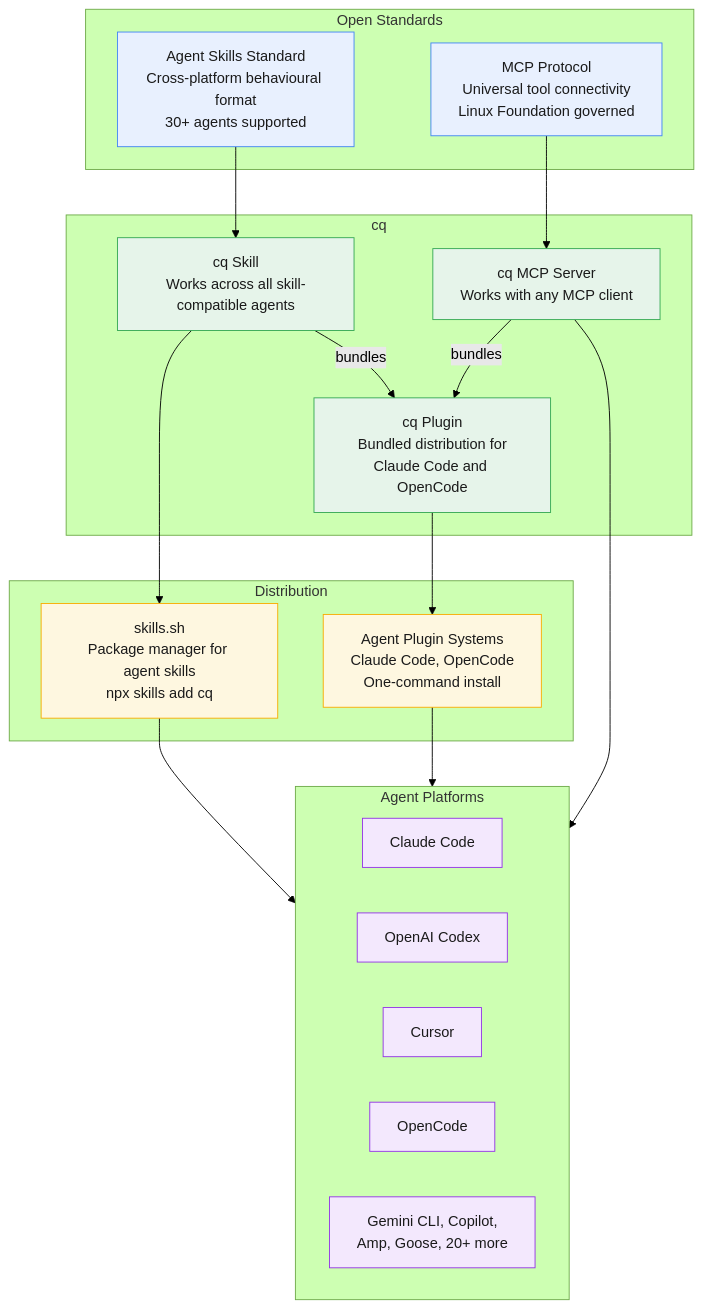
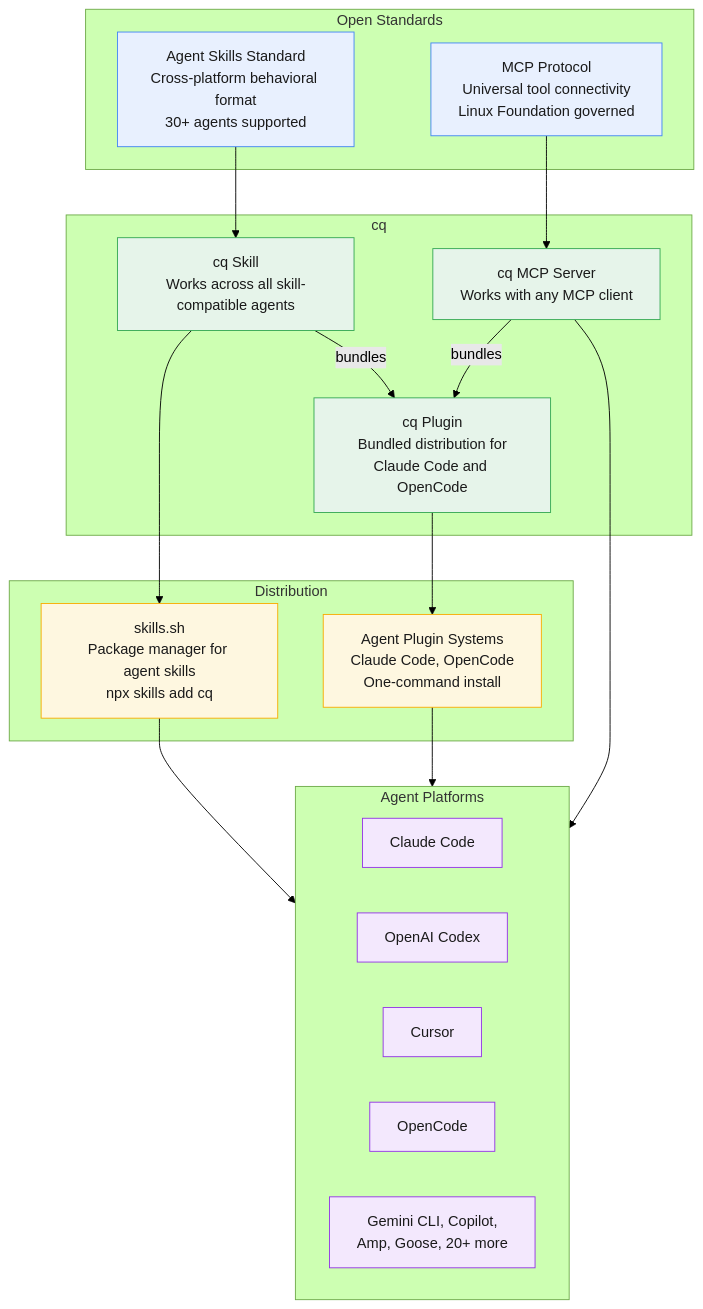
One commit to mozilla-ai/cq changed the eighth of 8 diagrams in docs/architecture.md. Above: the diagram before and after it, drawn with Mermaid (forest theme). The commit also changed other lines of this file and 16 other files, not shown here.

````diff
--- a/docs/architecture.md
+++ b/docs/architecture.md
@@ -399,46 +399,46 @@
 ```mermaid
 flowchart TB
     subgraph standards["Open Standards"]
         mcp_proto["MCP Protocol\nUniversal tool connectivity\nLinux Foundation governed"]
-        skills_std["Agent Skills Standard\nCross-platform behavioural format\n30+ agents supported"]
+        skills_std["Agent Skills Standard\nCross-platform behavioral format\n30+ agents supported"]
     end
 
     subgraph distribution["Distribution"]
         skills_sh["skills.sh\nPackage manager for agent skills\nnpx skills add cq"]
         plugins["Agent Plugin Systems\nClaude Code, OpenCode\nOne-command install"]
     end
 
     subgraph cq_graph["cq"]
         cq_skill["cq Skill\nWorks across all skill-compatible agents"]
         cq_mcp["cq MCP Server\nWorks with any MCP client"]
         cq_plugin["cq Plugin\nBundled distribution for\nClaude Code and OpenCode"]
     end
 
     subgraph agents["Agent Platforms"]
         cc["Claude Code"]
         codex["OpenAI Codex"]
         cursor["Cursor"]
         opencode["OpenCode"]
         others["Gemini CLI, Copilot,\nAmp, Goose, 20+ more"]
     end
 
     skills_std --> cq_skill
     mcp_proto --> cq_mcp
     cq_skill --> skills_sh
     cq_skill -->|"bundles"| cq_plugin
     cq_mcp -->|"bundles"| cq_plugin
     cq_plugin --> plugins
     skills_sh --> agents
     plugins --> agents
     cq_mcp --> agents
 
     classDef standardsStyle fill:#e8f0fe,stroke:#4285f4,color:#1a1a1a
     classDef distStyle fill:#fef7e0,stroke:#f9ab00,color:#1a1a1a
     classDef cqStyle fill:#e6f4ea,stroke:#34a853,color:#1a1a1a
     classDef agentStyle fill:#f3e8fd,stroke:#9334e6,color:#1a1a1a
 
     class mcp_proto,skills_std standardsStyle
     class skills_sh,plugins distStyle
     class cq_skill,cq_mcp,cq_plugin cqStyle
     class cc,codex,cursor,opencode,others agentStyle
 ```
````
